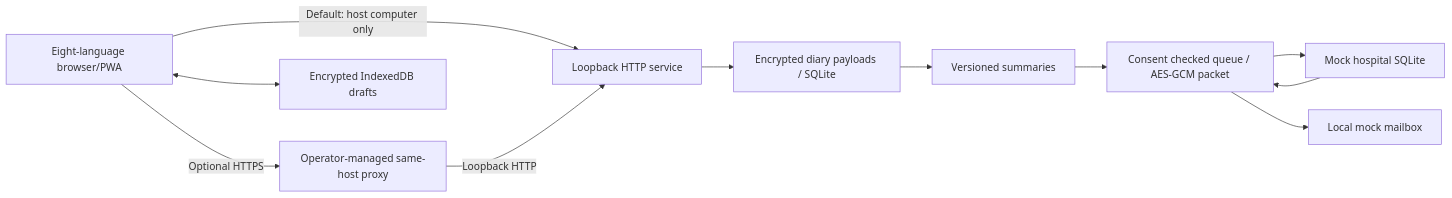
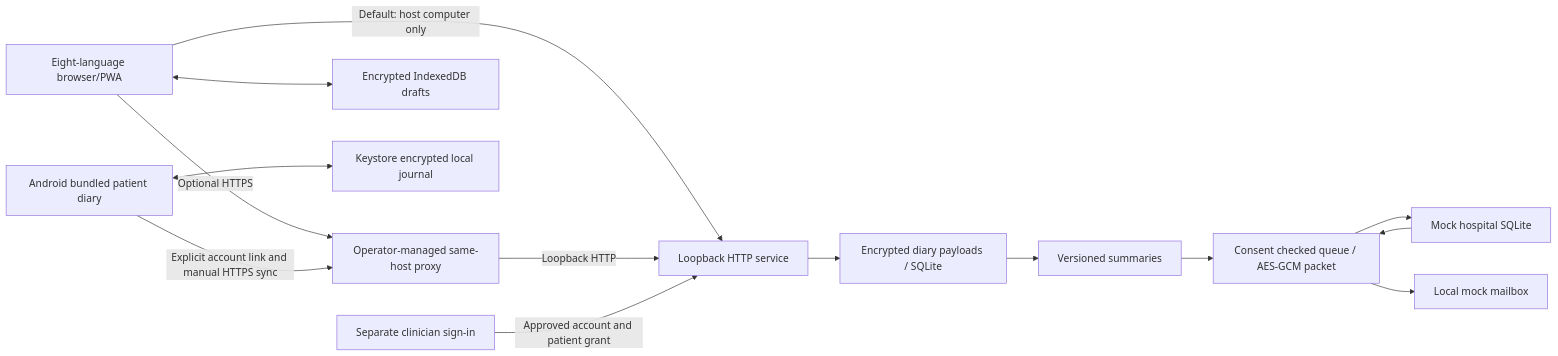
One commit to Alias1027/Multi-language-Headache-Diary changed the diagram in docs/ARCHITECTURE.md. Above: the diagram before and after it, drawn with Mermaid. The commit also changed other lines of this file and 102 other files, not shown here.

Commit message:
feat: prepare 0.8.2 patient diary and Android offline preview

````diff
--- a/docs/ARCHITECTURE.md
+++ b/docs/ARCHITECTURE.md
@@ -12,13 +14,16 @@
 ```mermaid
 flowchart LR
   P[Eight-language browser/PWA] -->|Default: host computer only| A[Loopback HTTP service]
   P -->|Optional HTTPS| X[Operator-managed same-host proxy]
   X -->|Loopback HTTP| A
   P <--> O[Encrypted IndexedDB drafts]
+  N[Android bundled patient diary] <--> K[Keystore encrypted local journal]
+  N -->|Explicit account link and manual HTTPS sync| X
+  C[Separate clinician sign-in] -->|Approved account and patient grant| A
   A --> D[Encrypted diary payloads / SQLite]
   D --> R[Versioned summaries]
   R --> Q[Consent checked queue / AES-GCM packet]
   Q --> H[Mock hospital SQLite]
   H --> Q
   Q --> M[Local mock mailbox]
 ```
````
